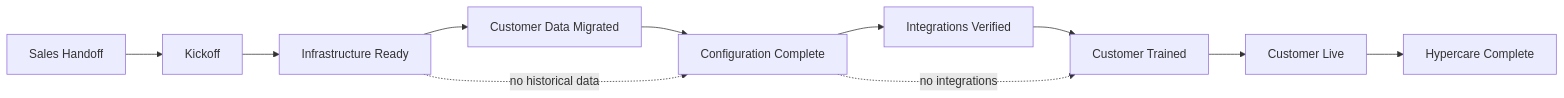
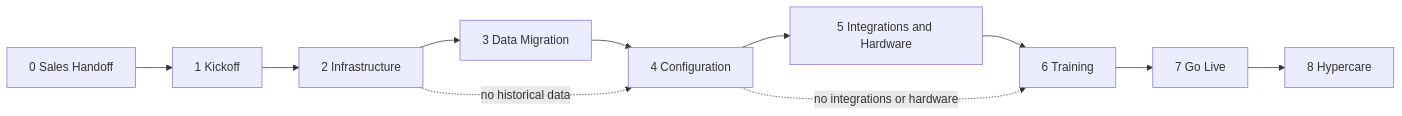
The diagram in internal/sops/deliver/implementation-methodology.md (mkeslin/tls-docs-repo), drawn with Mermaid before and after one commit. The commit also changed other lines of this file and 50 other files, not shown here.

````diff
--- a/internal/sops/deliver/implementation-methodology.md
+++ b/internal/sops/deliver/implementation-methodology.md
@@ -70,13 +70,13 @@
 ```mermaid
 flowchart LR
-  A[Sales Handoff] --> B[Kickoff]
-  B --> C[Infrastructure Ready]
-  C --> D[Customer Data Migrated]
-  D --> E[Configuration Complete]
-  E --> F[Integrations Verified]
-  F --> G[Customer Trained]
-  G --> H[Customer Live]
-  H --> I[Hypercare Complete]
+  A[0 Sales Handoff] --> B[1 Kickoff]
+  B --> C[2 Infrastructure]
+  C --> D[3 Data Migration]
+  D --> E[4 Configuration]
+  E --> F[5 Integrations and Hardware]
+  F --> G[6 Training]
+  G --> H[7 Go Live]
+  H --> I[8 Hypercare]
   C -.->|no historical data| E
-  E -.->|no integrations| G
+  E -.->|no integrations or hardware| G
 ```
````
